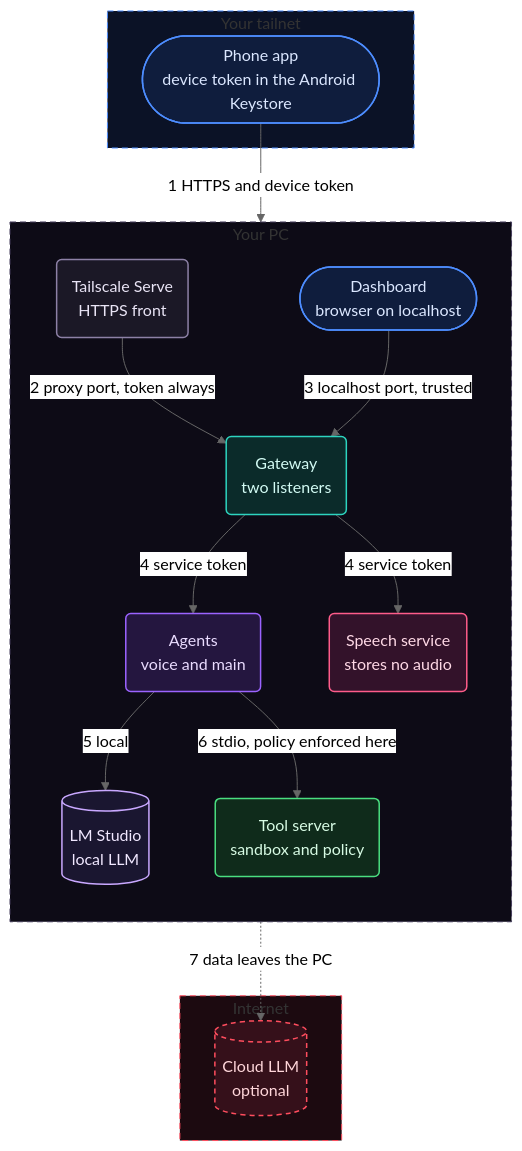
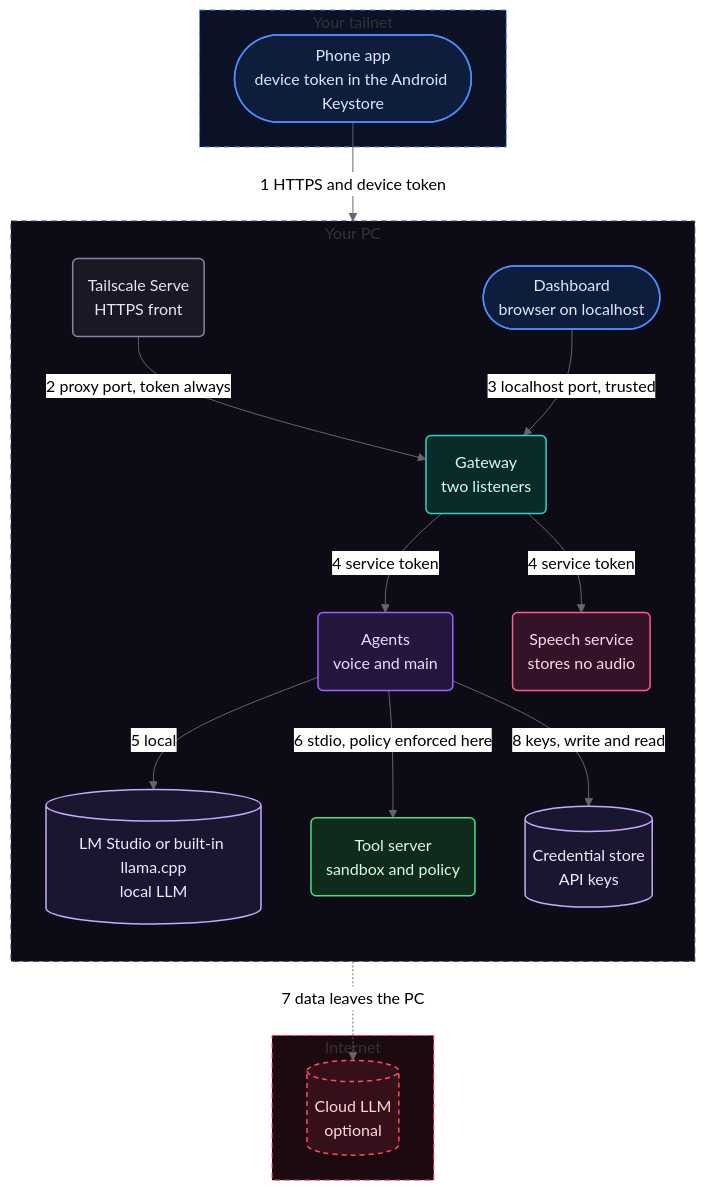
The diagram in docs/SECURITY.md (mugilnimbus/Thursday_V3), drawn with Mermaid (neutral theme) before and after one commit. The commit also changed other lines of this file and 296 other files, not shown here.

First line of the commit message:
Thursday v3: hardening, deny list, Android and dashboard updates, architecture model

````diff
--- a/docs/SECURITY.md
+++ b/docs/SECURITY.md
@@ -16,47 +16,49 @@
 ```mermaid
 %% svg: trust-boundaries
 flowchart TB
   subgraph TN["Your tailnet"]
     phone(["Phone app<br/>device token in the Android Keystore"])
   end
   subgraph PC["Your PC"]
     direction TB
     ts("Tailscale Serve<br/>HTTPS front")
     dash(["Dashboard<br/>browser on localhost"])
     gw("Gateway<br/>two listeners")
     agents("Agents<br/>voice and main")
     speech("Speech service<br/>stores no audio")
-    lm[("LM Studio<br/>local LLM")]
+    lm[("LM Studio or built-in llama.cpp<br/>local LLM")]
     tools("Tool server<br/>sandbox and policy")
+    keys[("Credential store<br/>API keys")]
   end
   subgraph NET["Internet"]
     cloud[("Cloud LLM<br/>optional")]
   end
   phone -->|"1 HTTPS and device token"| ts
   ts -->|"2 proxy port, token always"| gw
   dash -->|"3 localhost port, trusted"| gw
   gw -->|"4 service token"| agents
   gw -->|"4 service token"| speech
   agents -->|"5 local"| lm
   agents -->|"6 stdio, policy enforced here"| tools
   agents -.->|"7 data leaves the PC"| cloud
+  agents -->|"8 keys, write and read"| keys
   classDef client fill:#0f1d3d,stroke:#4d8dff,color:#dbe7ff,stroke-width:1.5px
   classDef edge fill:#1b1826,stroke:#8d81a6,color:#e9e4f5,stroke-width:1.5px
   classDef gateway fill:#0b2b2a,stroke:#2dd4bf,color:#d3fbf4,stroke-width:1.5px
   classDef agent fill:#24163f,stroke:#9b63ff,color:#eadcff,stroke-width:1.5px
   classDef tool fill:#0f2b1b,stroke:#4ade80,color:#d7fbe4,stroke-width:1.5px
   classDef speech fill:#33122a,stroke:#ff5c8a,color:#ffd9e6,stroke-width:1.5px
   classDef external fill:#1a1630,stroke:#c9a8ff,color:#f1e8ff,stroke-width:1.5px
   classDef danger fill:#35101a,stroke:#ff4d5e,color:#ffd6da,stroke-width:1.5px,stroke-dasharray:5 4
   class phone,dash client
   class ts edge
   class gw gateway
   class agents agent
   class tools tool
   class speech speech
-  class lm external
+  class lm,keys external
   class cloud danger
   style TN fill:#0b1226,stroke:#4d8dff,stroke-dasharray:6 4
   style PC fill:#0d0b16,stroke:#463d5c,stroke-dasharray:6 4
   style NET fill:#1c0a10,stroke:#ff4d5e,stroke-dasharray:6 4
 ```
````
